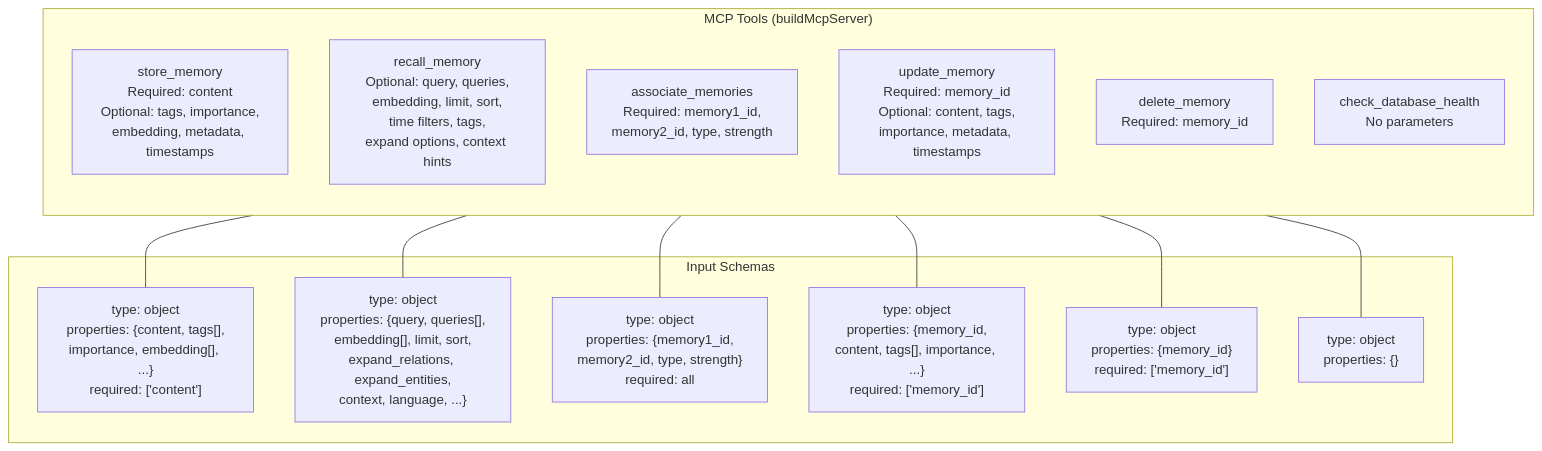
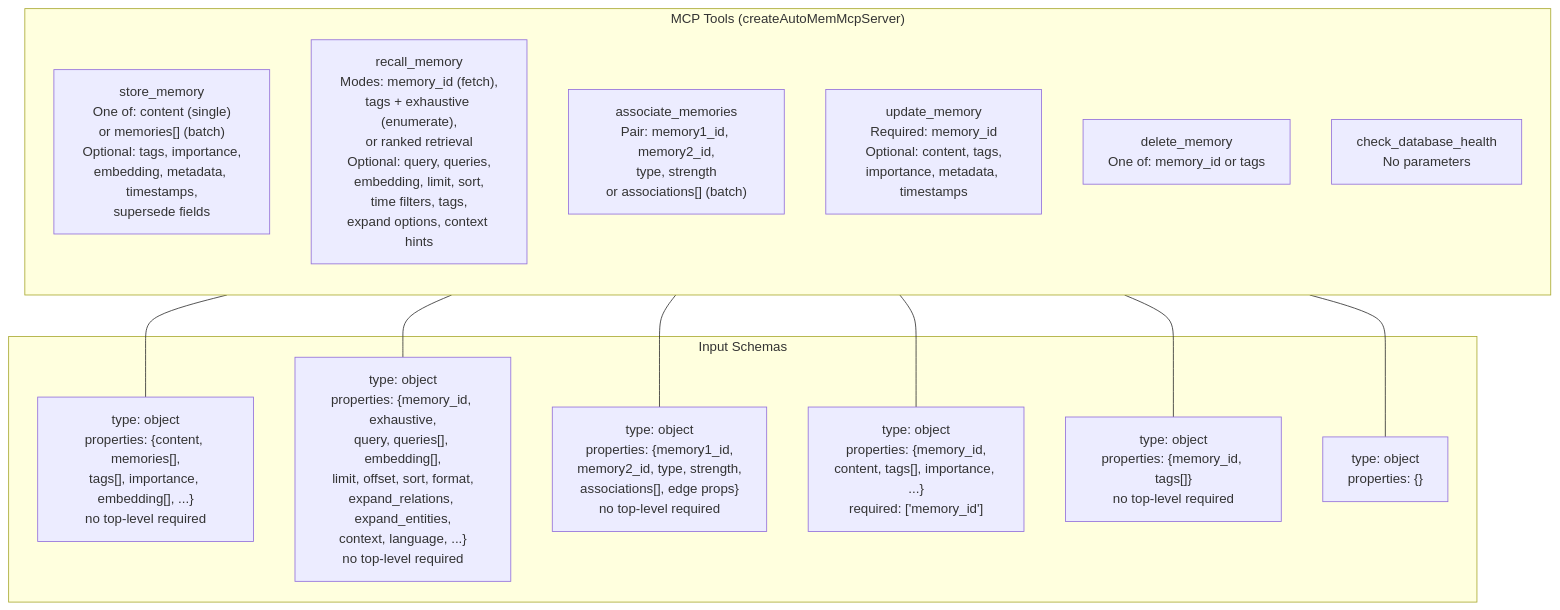
Before and after one commit to verygoodplugins/automem-website: the second of 2 diagrams in src/content/docs/docs/reference/api/direct-vs-mcp.md, drawn with Mermaid. The commit also changed other lines of this file and 1 other file, not shown here.

First line of the commit message:
docs: align direct-vs-mcp page with mcp-automem 0.16.0 tool surface (#411)

````diff
--- a/src/content/docs/docs/reference/api/direct-vs-mcp.md
+++ b/src/content/docs/docs/reference/api/direct-vs-mcp.md
@@ -140,29 +149,29 @@
 ```mermaid
 graph TB
-    subgraph tools["MCP Tools (buildMcpServer)"]
+    subgraph tools["MCP Tools (createAutoMemMcpServer)"]
         direction TB
 
-        T1["store_memory<br/>Required: content<br/>Optional: tags, importance,<br/>embedding, metadata, timestamps"]
-        T2["recall_memory<br/>Optional: query, queries,<br/>embedding, limit, sort,<br/>time filters, tags,<br/>expand options, context hints"]
-        T3["associate_memories<br/>Required: memory1_id,<br/>memory2_id, type, strength"]
+        T1["store_memory<br/>One of: content (single)<br/>or memories[] (batch)<br/>Optional: tags, importance,<br/>embedding, metadata, timestamps,<br/>supersede fields"]
+        T2["recall_memory<br/>Modes: memory_id (fetch),<br/>tags + exhaustive (enumerate),<br/>or ranked retrieval<br/>Optional: query, queries,<br/>embedding, limit, sort,<br/>time filters, tags,<br/>expand options, context hints"]
+        T3["associate_memories<br/>Pair: memory1_id, memory2_id,<br/>type, strength<br/>or associations[] (batch)"]
         T4["update_memory<br/>Required: memory_id<br/>Optional: content, tags,<br/>importance, metadata, timestamps"]
-        T5["delete_memory<br/>Required: memory_id"]
+        T5["delete_memory<br/>One of: memory_id or tags"]
         T6["check_database_health<br/>No parameters"]
     end
 
     subgraph schemas["Input Schemas"]
-        S1["type: object<br/>properties: {content, tags[],<br/>importance, embedding[], ...}<br/>required: ['content']"]
-        S2["type: object<br/>properties: {query, queries[],<br/>embedding[], limit, sort,<br/>expand_relations, expand_entities,<br/>context, language, ...}"]
-        S3["type: object<br/>properties: {memory1_id,<br/>memory2_id, type, strength}<br/>required: all"]
+        S1["type: object<br/>properties: {content, memories[],<br/>tags[], importance, embedding[], ...}<br/>no top-level required"]
+        S2["type: object<br/>properties: {memory_id, exhaustive,<br/>query, queries[], embedding[],<br/>limit, offset, sort, format,<br/>expand_relations, expand_entities,<br/>context, language, ...}<br/>no top-level required"]
+        S3["type: object<br/>properties: {memory1_id,<br/>memory2_id, type, strength,<br/>associations[], edge props}<br/>no top-level required"]
         S4["type: object<br/>properties: {memory_id,<br/>content, tags[], importance, ...}<br/>required: ['memory_id']"]
-        S5["type: object<br/>properties: {memory_id}<br/>required: ['memory_id']"]
+        S5["type: object<br/>properties: {memory_id, tags[]}<br/>no top-level required"]
         S6["type: object<br/>properties: {}"]
     end
 
     T1 --- S1
     T2 --- S2
     T3 --- S3
     T4 --- S4
     T5 --- S5
     T6 --- S6
 ```
````
